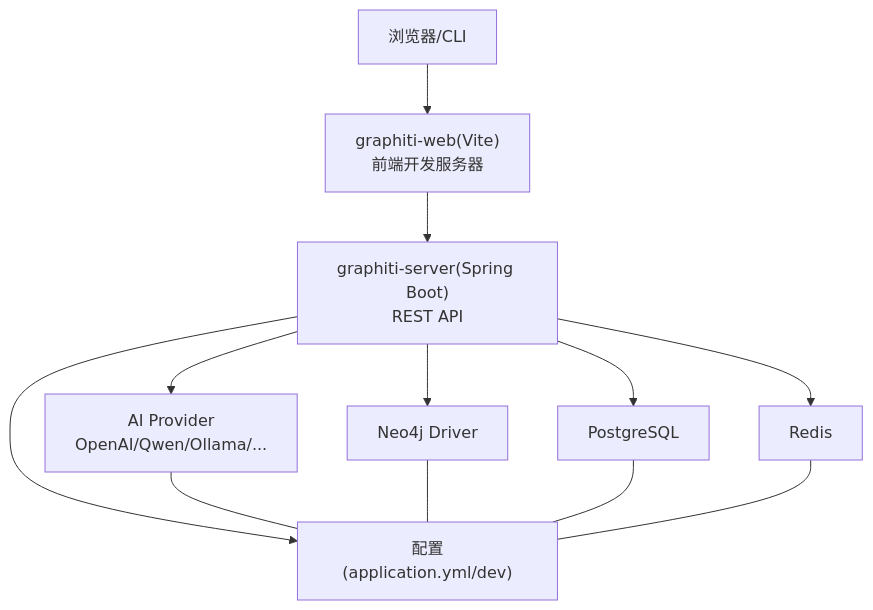
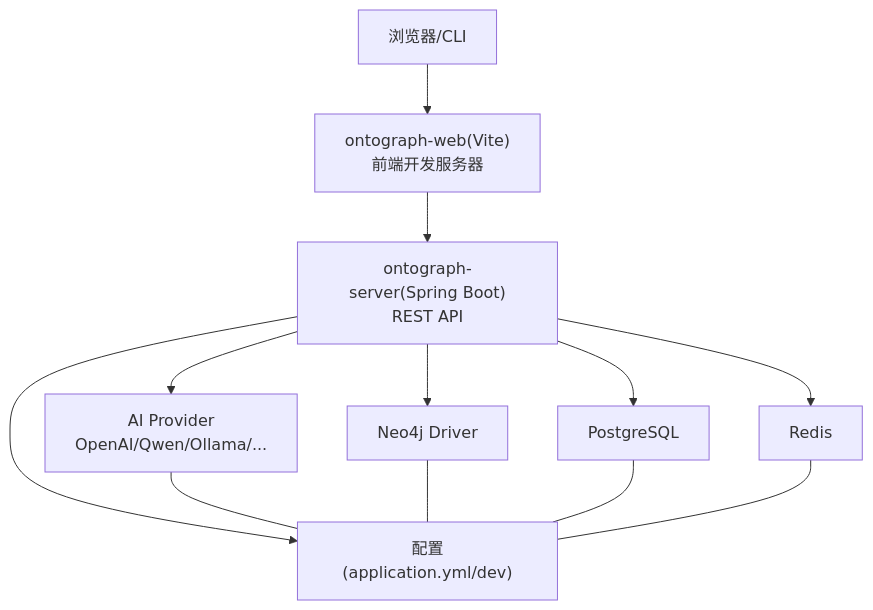
The second of 3 diagrams in docs/manual/项目概述/快速开始.md (joezxh/graphiti-java), drawn with Mermaid before and after one commit. The commit also changed other lines of this file and 200 other files, not shown here.

````diff
--- a/docs/manual/项目概述/快速开始.md
+++ b/docs/manual/项目概述/快速开始.md
@@ -95,14 +95,14 @@
 ```mermaid
 graph TB
-Client["浏览器/CLI"] --> FE["graphiti-web(Vite)<br/>前端开发服务器"]
-FE --> BE["graphiti-server(Spring Boot)<br/>REST API"]
+Client["浏览器/CLI"] --> FE["ontograph-web(Vite)<br/>前端开发服务器"]
+FE --> BE["ontograph-server(Spring Boot)<br/>REST API"]
 BE --> CFG["配置(application.yml/dev)"]
 BE --> AI["AI Provider<br/>OpenAI/Qwen/Ollama/..."]
 BE --> N4J["Neo4j Driver"]
 BE --> PG["PostgreSQL"]
 BE --> R["Redis"]
 AI --- CFG
 N4J --- CFG
 PG --- CFG
 R --- CFG
 ```
````
